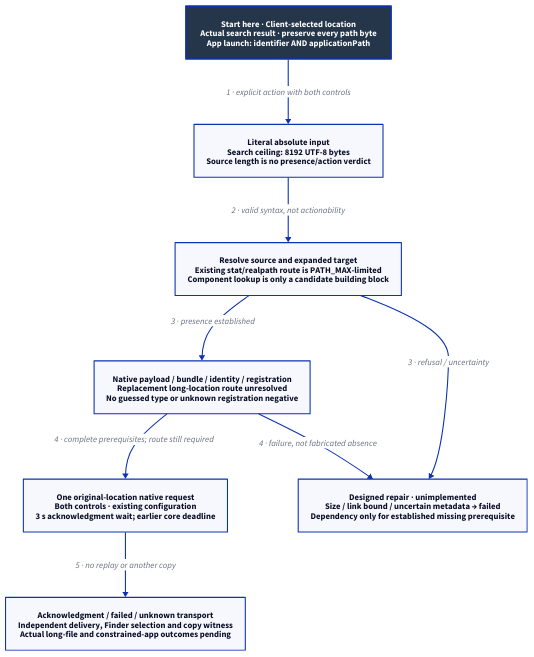
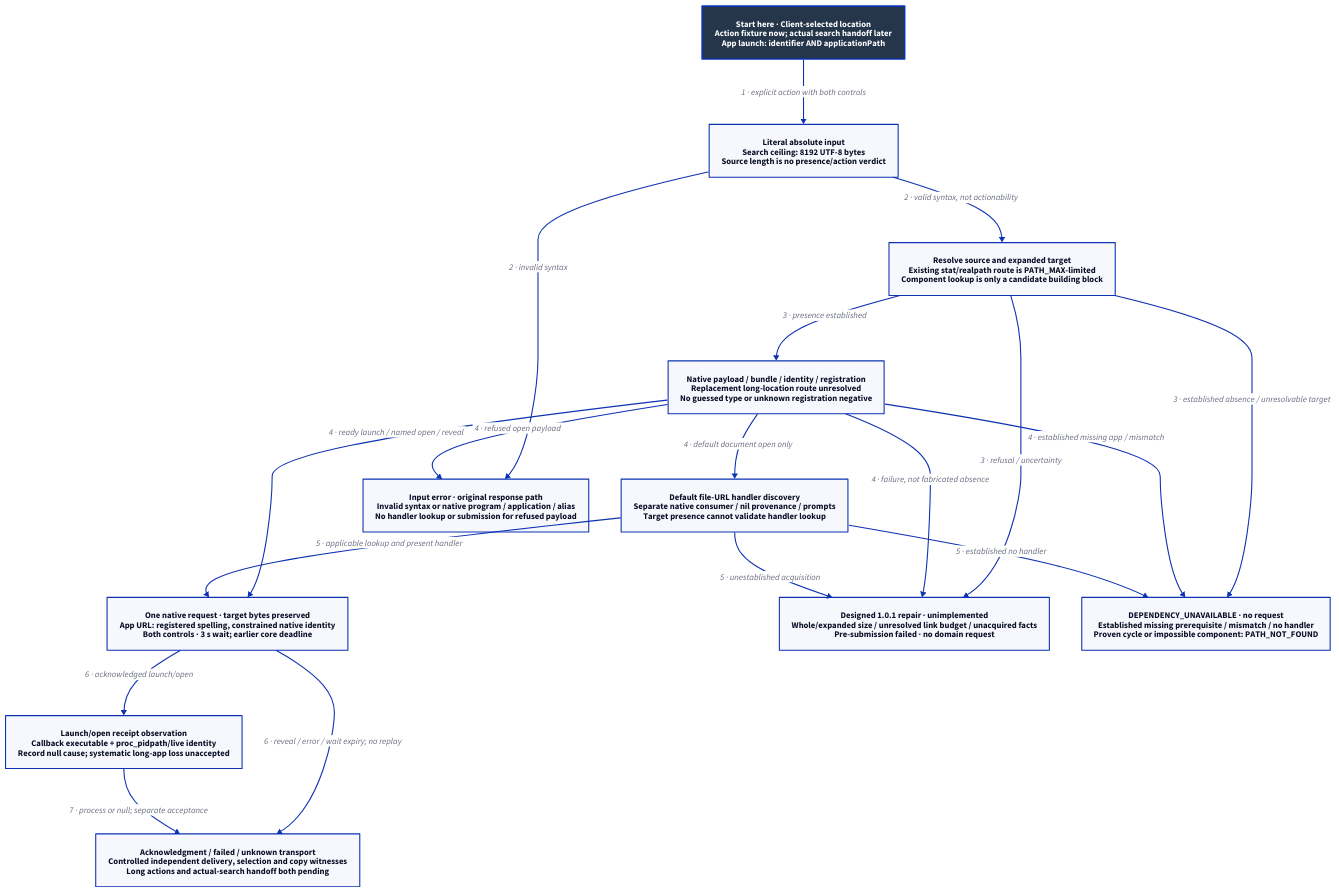
Before and after one commit to Linkuistics/Koine: the diagram in docs/design/architecture/workspace-long-locations.d2, drawn with D2. The commit also changed 24 other files, not shown here.

Commit message:
long-action-native-boundary-k132: integrate boundary review and reconcile failure, compatibility and acceptance contracts

```diff
--- a/docs/design/architecture/workspace-long-locations.d2
+++ b/docs/design/architecture/workspace-long-locations.d2
@@ -1,19 +1,33 @@
 # Action prerequisite flow; no native reachability or runtime acceptance claim.
 direction: down
 classes: {
   start: {style: {fill: "#25364B"; font-color: "#FFFFFF"; bold: true; stroke-width: 3}}
 }
-Selected: "Start here · Client-selected location\nActual search result · preserve every path byte\nApp launch: identifier AND applicationPath" {class: start}
+Selected: "Start here · Client-selected location\nAction fixture now; actual search handoff later\nApp launch: identifier AND applicationPath" {class: start}
 Input: "Literal absolute input\nSearch ceiling: 8192 UTF-8 bytes\nSource length is no presence/action verdict"
 Lookup: "Resolve source and expanded target\nExisting stat/realpath route is PATH_MAX-limited\nComponent lookup is only a candidate building block"
 Classify: "Native payload / bundle / identity / registration\nReplacement long-location route unresolved\nNo guessed type or unknown registration negative"
-Submit: "One original-location native request\nBoth controls · existing configuration\n3 s acknowledgment wait; earlier core deadline"
-Result: "Acknowledgment / failed / unknown transport\nIndependent delivery, Finder selection and copy witness\nActual long-file and constrained-app outcomes pending"
-Failure: "Designed repair · unimplemented\nSize / link bound / uncertain metadata → failed\nDependency only for established missing prerequisite"
+Handler: "Default file-URL handler discovery\nSeparate native consumer / nil provenance / prompts\nTarget presence cannot validate handler lookup"
+Submit: "One native request · target bytes preserved\nApp URL: registered spelling, constrained native identity\nBoth controls · 3 s wait; earlier core deadline"
+Receipt: "Launch/open receipt observation\nCallback executable + proc_pidpath/live identity\nRecord null cause; systematic long-app loss unaccepted"
+Result: "Acknowledgment / failed / unknown transport\nControlled independent delivery, selection and copy witnesses\nLong actions and actual-search handoff both pending"
+Failure: "Designed 1.0.1 repair · unimplemented\nWhole/expanded size / unresolved link budget / unacquired facts\nPre-submission failed · no domain request"
+Dependency: "DEPENDENCY_UNAVAILABLE · no request\nEstablished missing prerequisite / mismatch / no handler\nProven cycle or impossible component: PATH_NOT_FOUND"
+Refused: "Input error · original response path\nInvalid syntax or native program / application / alias\nNo handler lookup or submission for refused payload"
 Selected -> Input: "1 · explicit action with both controls"
 Input -> Lookup: "2 · valid syntax, not actionability"
+Input -> Refused: "2 · invalid syntax"
 Lookup -> Classify: "3 · presence established"
 Lookup -> Failure: "3 · refusal / uncertainty"
+Lookup -> Dependency: "3 · established absence / unresolvable target"
 Classify -> Failure: "4 · failure, not fabricated absence"
-Classify -> Submit: "4 · complete prerequisites; route still required"
-Submit -> Result: "5 · no replay or another copy"
+Classify -> Dependency: "4 · established missing app / mismatch"
+Classify -> Refused: "4 · refused open payload"
+Classify -> Handler: "4 · default document open only"
+Classify -> Submit: "4 · ready launch / named open / reveal"
+Handler -> Submit: "5 · applicable lookup and present handler"
+Handler -> Dependency: "5 · established no handler"
+Handler -> Failure: "5 · unestablished acquisition"
+Submit -> Receipt: "6 · acknowledged launch/open"
+Submit -> Result: "6 · reveal / error / wait expiry; no replay"
+Receipt -> Result: "7 · process or null; separate acceptance"
```
